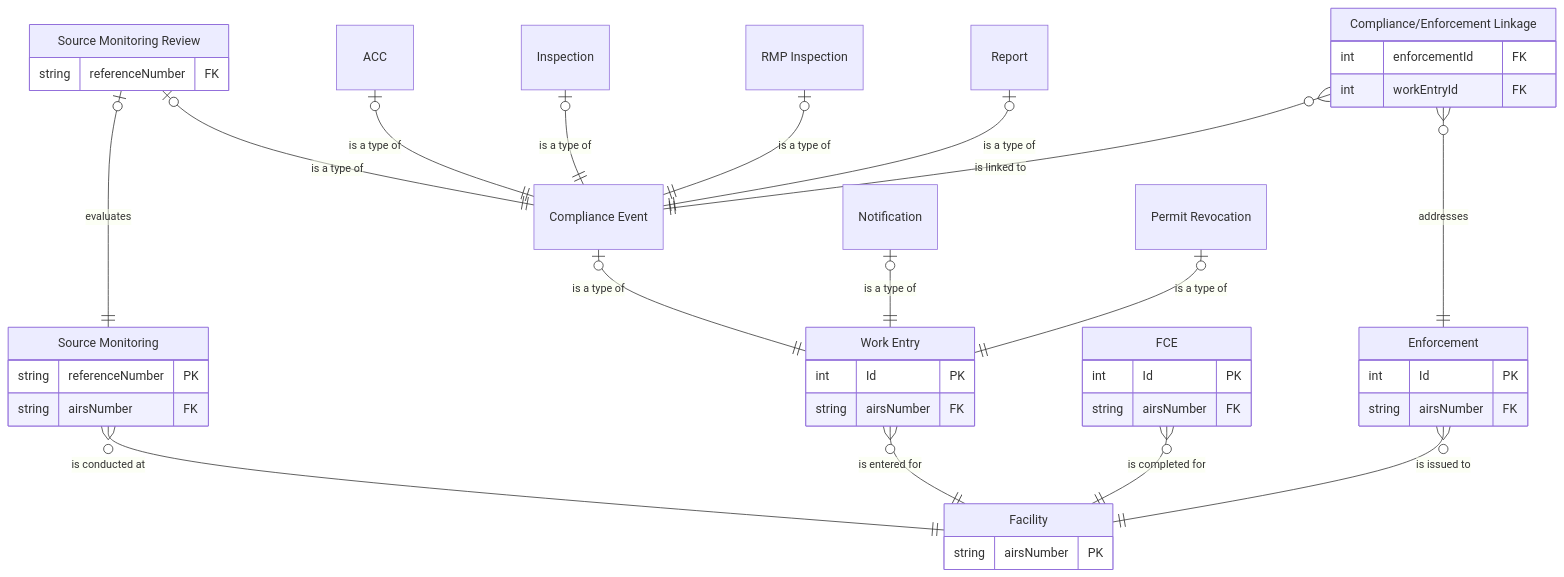
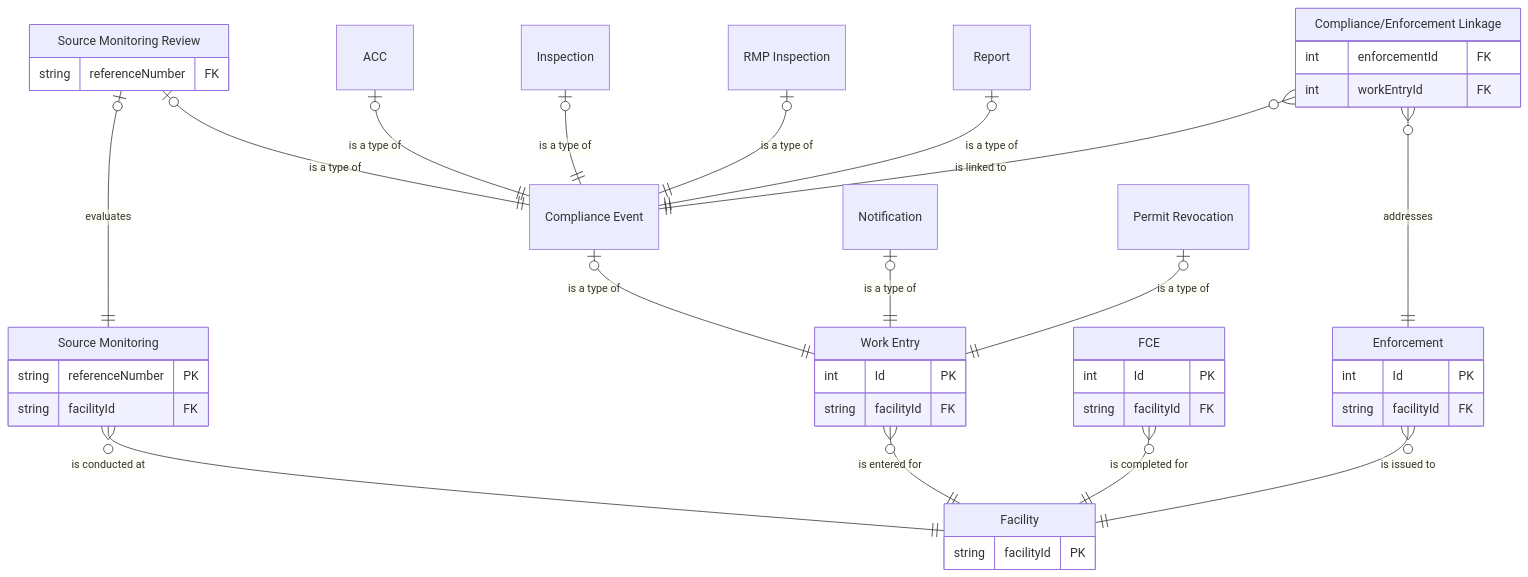
Before and after one commit to gaepdit/air-web: the diagram in docs/Entity-relationship-diagram.md, drawn with Mermaid. The commit also changed 1 other file, not shown here.

Commit message:
Rename facility ID in ERDs

````diff
--- a/docs/Entity-relationship-diagram.md
+++ b/docs/Entity-relationship-diagram.md
@@ -28,67 +28,67 @@
 ```mermaid
 erDiagram
 
 FAC["Facility"] {
-    string airsNumber PK
+    string facilityId PK
 }
 
 MON["Source Monitoring"] {
     string referenceNumber PK
-    string airsNumber FK
+    string facilityId FK
 }
 
 FCE["FCE"] {
     int Id PK
-    string airsNumber FK
+    string facilityId FK
 }
 
 WRK["Work Entry"] {
     int Id PK
-    string airsNumber FK
+    string facilityId FK
 }
 
     CME["Compliance Event"]
 
         SMR["Source Monitoring Review"] {
             string referenceNumber FK
         }
         ACC["ACC"]
         INS["Inspection"]
         RMP["RMP Inspection"]
         REP["Report"]
 
     NOT["Notification"]
     
     REV["Permit Revocation"]
 
 ENF["Enforcement"] {
     int Id PK
-    string airsNumber FK
+    string facilityId FK
 }
 
 CEL["Compliance/Enforcement Linkage"] {
     int enforcementId FK
     int workEntryId FK
 }
 
 SMR |o--|| CME : "is a type of"
 ACC |o--|| CME : "is a type of"
 INS |o--|| CME : "is a type of"
 RMP |o--|| CME : "is a type of"
 REP |o--|| CME : "is a type of"
 
 CME |o--|| WRK : "is a type of"
 NOT |o--|| WRK : "is a type of"
 REV |o--|| WRK : "is a type of"
 
 SMR |o--|| MON : "evaluates"
 
 MON }o--|| FAC : "is conducted at"
 WRK }o--|| FAC : "is entered for"
 FCE }o--|| FAC : "is completed for"
 ENF }o--|| FAC : "is issued to"
 
 CEL }o--|| ENF : "addresses"
 CEL }o--|| CME : "is linked to"
 
 ```
````
